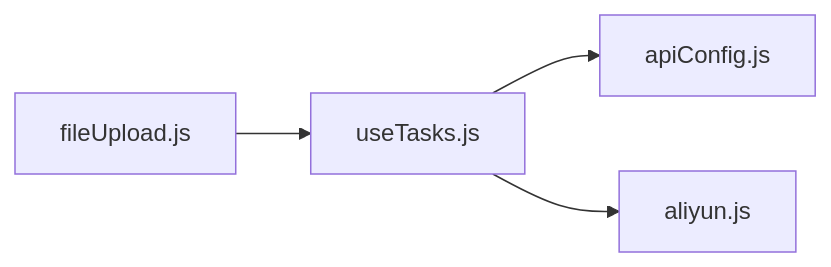
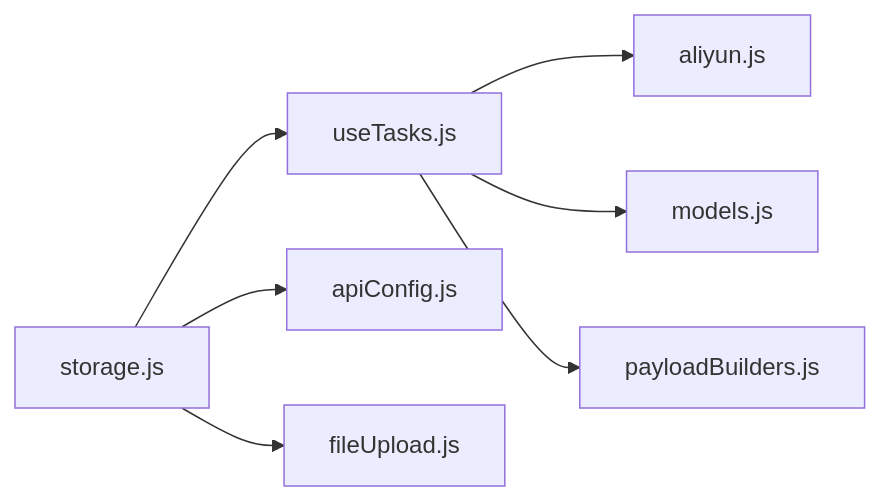
Before and after one commit to alex0001yyy/wan-app: the fourth of 4 diagrams in .qoder/repowiki/zh/content/架构设计/数据流设计/数据持久化.md, drawn with Mermaid. The commit also changed other lines of this file and 35 other files, not shown here.

````diff
--- a/.qoder/repowiki/zh/content/架构设计/数据流设计/数据持久化.md
+++ b/.qoder/repowiki/zh/content/架构设计/数据流设计/数据持久化.md
@@ -169,6 +261,9 @@
 ```mermaid
 graph LR
-UT["useTasks.js"] --> AC["apiConfig.js"]
+ST["storage.js"] --> UT["useTasks.js"]
+ST --> AC["apiConfig.js"]
+ST --> FU["fileUpload.js"]
 UT --> AL["aliyun.js"]
-FU["fileUpload.js"] --> UT
+UT --> MD["models.js"]
+UT --> PB["payloadBuilders.js"]
 ```
````
